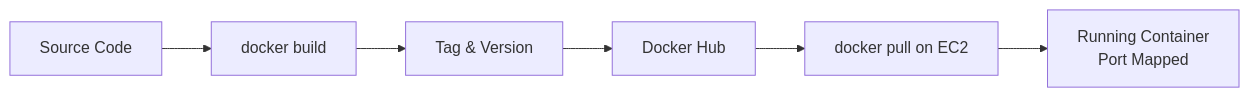
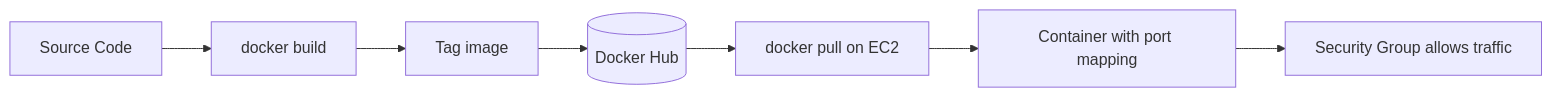
One commit to surendra-kumar-07/surendra-kumar-07 changed the third of 4 diagrams in README.md. Above: the diagram before and after it, drawn with Mermaid. The commit also changed other lines of this file, not shown here.

````diff
--- a/README.md
+++ b/README.md
@@ -102,8 +174,9 @@
 ```mermaid
 flowchart LR
-    SRC[Source Code] --> BLD[docker build]
-    BLD --> TAG[Tag & Version]
-    TAG --> HUB[Docker Hub]
-    HUB --> PULL[docker pull on EC2]
-    PULL --> RUN[Running Container<br/>Port Mapped]
+    A[Source Code] --> B[docker build]
+    B --> C[Tag image]
+    C --> D[(Docker Hub)]
+    D --> E[docker pull on EC2]
+    E --> F[Container with port mapping]
+    F --> G[Security Group allows traffic]
 ```
````
